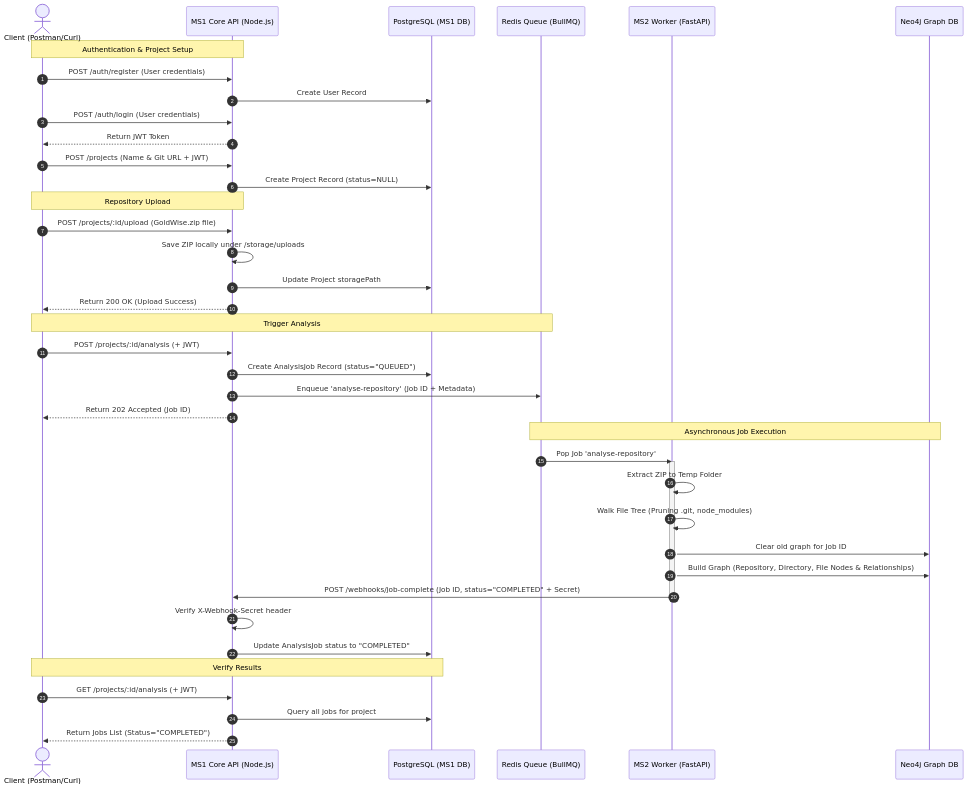
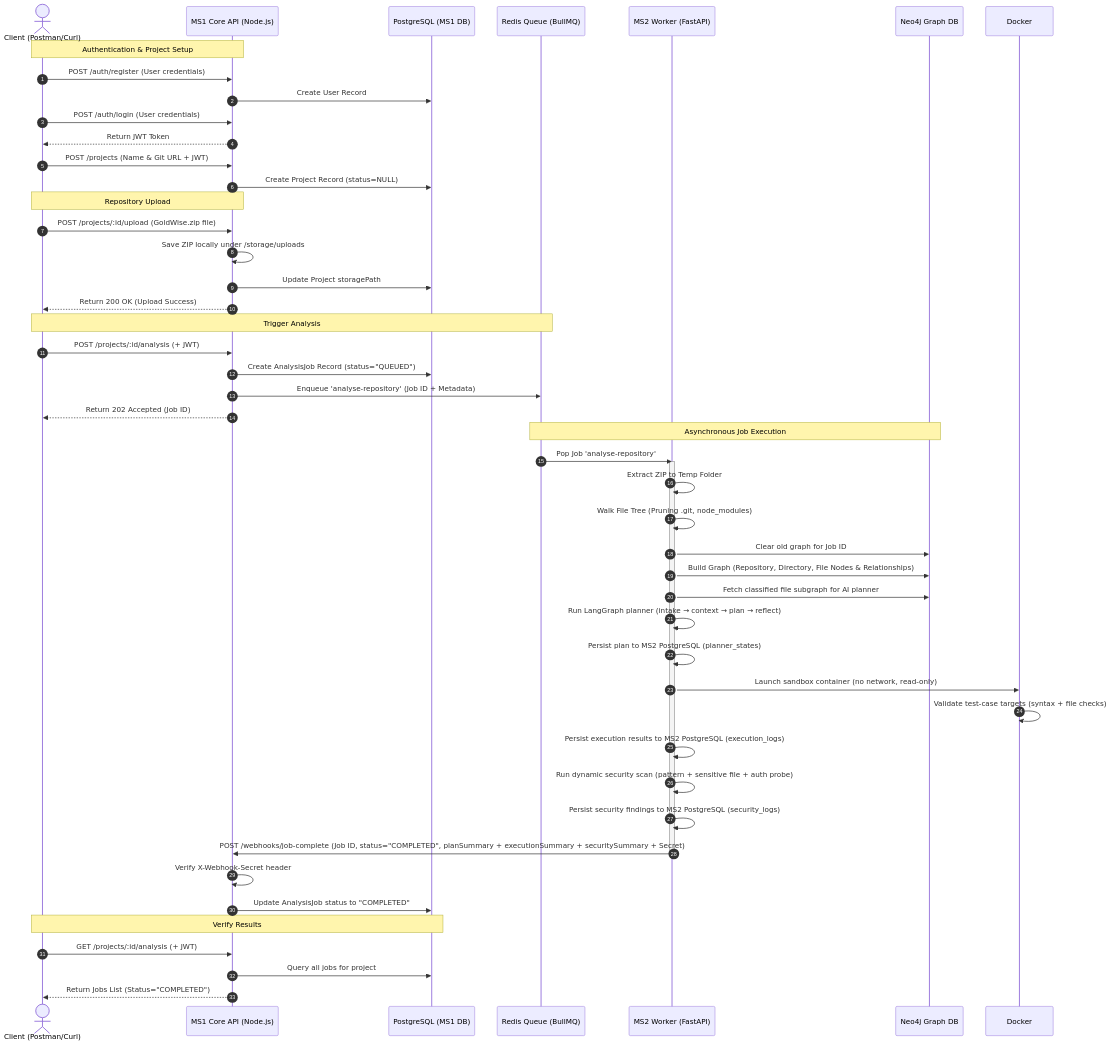
One commit to vansh700/AI-Project changed the diagram in docs/repository_intelligence_flow.md. Above: the diagram before and after it, drawn with Mermaid. The commit also changed other lines of this file and 76 other files, not shown here.

````diff
--- a/docs/repository_intelligence_flow.md
+++ b/docs/repository_intelligence_flow.md
@@ -21,47 +21,55 @@
 ```mermaid
 sequenceDiagram
     autonumber
     actor User as Client (Postman/Curl)
     participant MS1 as MS1 Core API (Node.js)
     participant Postgres as PostgreSQL (MS1 DB)
     participant Redis as Redis Queue (BullMQ)
     participant MS2 as MS2 Worker (FastAPI)
     participant Neo4j as Neo4j Graph DB
 
     Note over User,MS1: Authentication & Project Setup
     User->>MS1: POST /auth/register (User credentials)
     MS1->>Postgres: Create User Record
     User->>MS1: POST /auth/login (User credentials)
     MS1-->>User: Return JWT Token
     User->>MS1: POST /projects (Name & Git URL + JWT)
     MS1->>Postgres: Create Project Record (status=NULL)
 
     Note over User,MS1: Repository Upload
     User->>MS1: POST /projects/:id/upload (GoldWise.zip file)
     MS1->>MS1: Save ZIP locally under /storage/uploads
     MS1->>Postgres: Update Project storagePath
     MS1-->>User: Return 200 OK (Upload Success)
 
     Note over User,Redis: Trigger Analysis
     User->>MS1: POST /projects/:id/analysis (+ JWT)
     MS1->>Postgres: Create AnalysisJob Record (status="QUEUED")
     MS1->>Redis: Enqueue 'analyse-repository' (Job ID + Metadata)
     MS1-->>User: Return 202 Accepted (Job ID)
 
     Note over Redis,Neo4j: Asynchronous Job Execution
     Redis->>MS2: Pop Job 'analyse-repository'
     activate MS2
     MS2->>MS2: Extract ZIP to Temp Folder
     MS2->>MS2: Walk File Tree (Pruning .git, node_modules)
     MS2->>Neo4j: Clear old graph for Job ID
     MS2->>Neo4j: Build Graph (Repository, Directory, File Nodes & Relationships)
-    MS2->>MS1: POST /webhooks/job-complete (Job ID, status="COMPLETED" + Secret)
+    MS2->>Neo4j: Fetch classified file subgraph for AI planner
+    MS2->>MS2: Run LangGraph planner (intake → context → plan → reflect)
+    MS2->>MS2: Persist plan to MS2 PostgreSQL (planner_states)
+    MS2->>Docker: Launch sandbox container (no network, read-only)
+    Docker->>Docker: Validate test-case targets (syntax + file checks)
+    MS2->>MS2: Persist execution results to MS2 PostgreSQL (execution_logs)
+    MS2->>MS2: Run dynamic security scan (pattern + sensitive file + auth probe)
+    MS2->>MS2: Persist security findings to MS2 PostgreSQL (security_logs)
+    MS2->>MS1: POST /webhooks/job-complete (Job ID, status="COMPLETED", planSummary + executionSummary + securitySummary + Secret)
     deactivate MS2
     MS1->>MS1: Verify X-Webhook-Secret header
     MS1->>Postgres: Update AnalysisJob status to "COMPLETED"
     
     Note over User,Postgres: Verify Results
     User->>MS1: GET /projects/:id/analysis (+ JWT)
     MS1->>Postgres: Query all jobs for project
     MS1-->>User: Return Jobs List (Status="COMPLETED")
 ```
````
